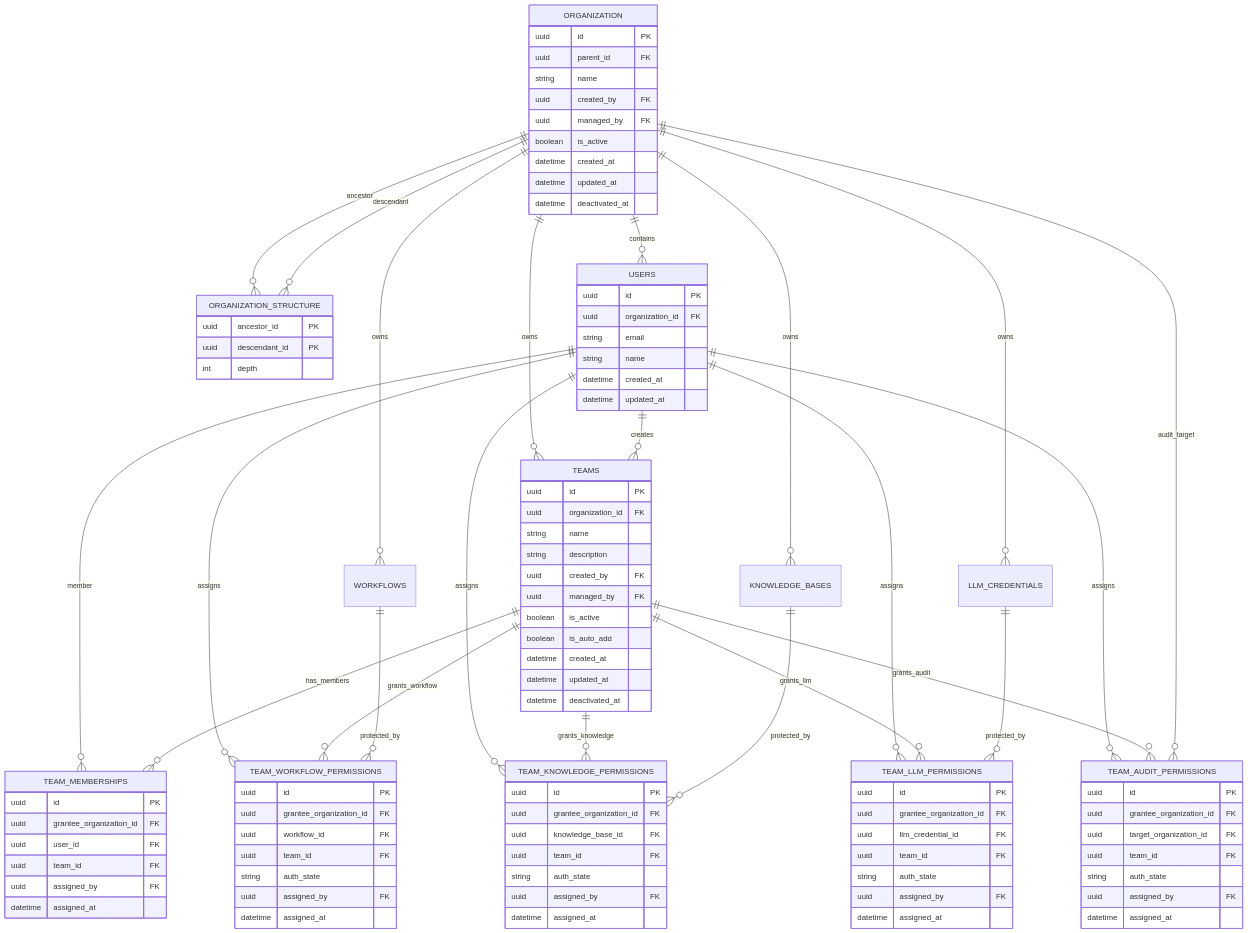
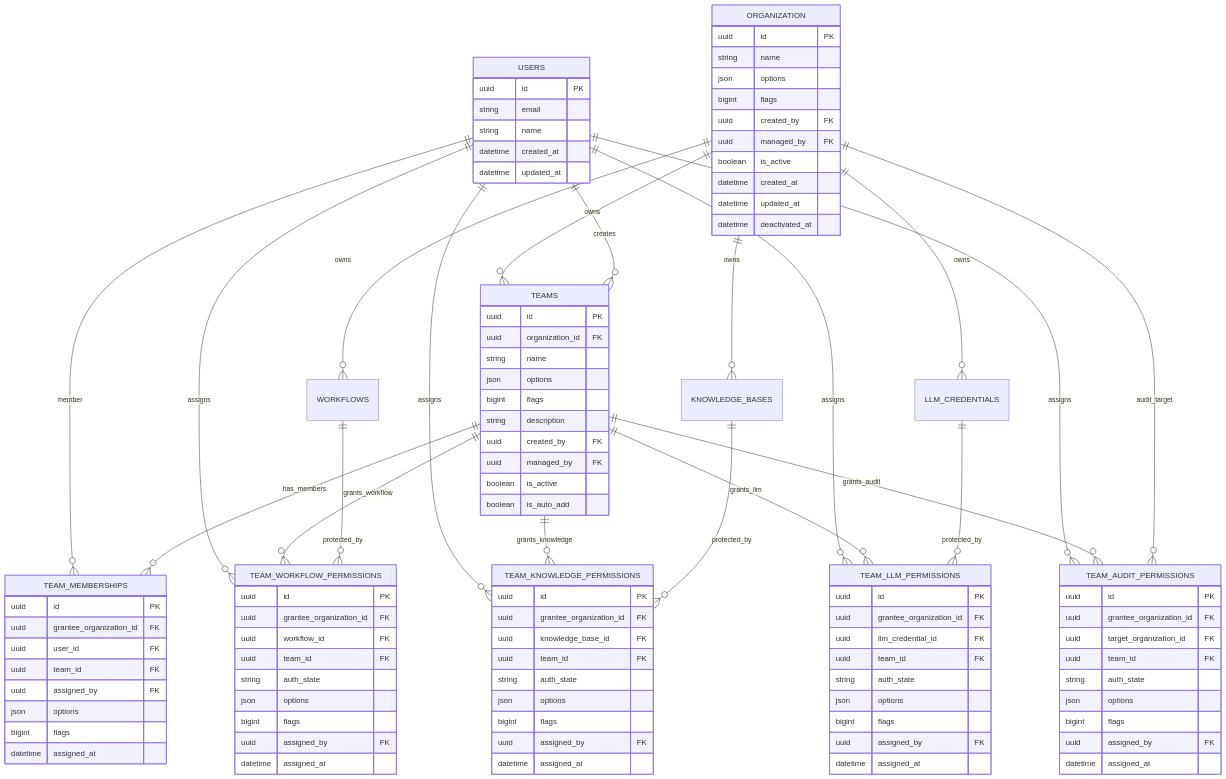
One commit to gannak1/nodease_refactoring_gannak1 changed the diagram in docs/team_workspace_plan.md. Above: the diagram before and after it, drawn with Mermaid. The commit also changed other lines of this file and 19 other files, not shown here.

````diff
--- a/docs/team_workspace_plan.md
+++ b/docs/team_workspace_plan.md
@@ -431,8 +365,5 @@
 ```mermaid
 erDiagram
-    ORGANIZATION ||--o{ ORGANIZATION_STRUCTURE : ancestor
-    ORGANIZATION ||--o{ ORGANIZATION_STRUCTURE : descendant
-    ORGANIZATION ||--o{ USERS : contains
     ORGANIZATION ||--o{ TEAMS : owns
     ORGANIZATION ||--o{ WORKFLOWS : owns
     ORGANIZATION ||--o{ KNOWLEDGE_BASES : owns
@@ -458,8 +389,9 @@
 
     ORGANIZATION {
         uuid id PK
-        uuid parent_id FK
         string name
+        json options
+        bigint flags
         uuid created_by FK
         uuid managed_by FK
         boolean is_active
@@ -468,15 +400,8 @@
         datetime deactivated_at
     }
 
-    ORGANIZATION_STRUCTURE {
-        uuid ancestor_id PK
-        uuid descendant_id PK
-        int depth
-    }
-
     USERS {
         uuid id PK
-        uuid organization_id FK
         string email
         string name
         datetime created_at
@@ -487,14 +412,13 @@
         uuid id PK
         uuid organization_id FK
         string name
+        json options
+        bigint flags
         string description
         uuid created_by FK
         uuid managed_by FK
         boolean is_active
         boolean is_auto_add
-        datetime created_at
-        datetime updated_at
-        datetime deactivated_at
     }
 
     TEAM_MEMBERSHIPS {
@@ -503,6 +427,8 @@
         uuid user_id FK
         uuid team_id FK
         uuid assigned_by FK
+        json options
+        bigint flags
         datetime assigned_at
     }
 
@@ -512,6 +438,8 @@
         uuid workflow_id FK
         uuid team_id FK
         string auth_state
+        json options
+        bigint flags
         uuid assigned_by FK
         datetime assigned_at
     }
@@ -522,6 +450,8 @@
         uuid knowledge_base_id FK
         uuid team_id FK
         string auth_state
+        json options
+        bigint flags
         uuid assigned_by FK
         datetime assigned_at
     }
@@ -532,6 +462,8 @@
         uuid llm_credential_id FK
         uuid team_id FK
         string auth_state
+        json options
+        bigint flags
         uuid assigned_by FK
         datetime assigned_at
     }
@@ -542,6 +474,8 @@
         uuid target_organization_id FK
         uuid team_id FK
         string auth_state
+        json options
+        bigint flags
         uuid assigned_by FK
         datetime assigned_at
     }
````
